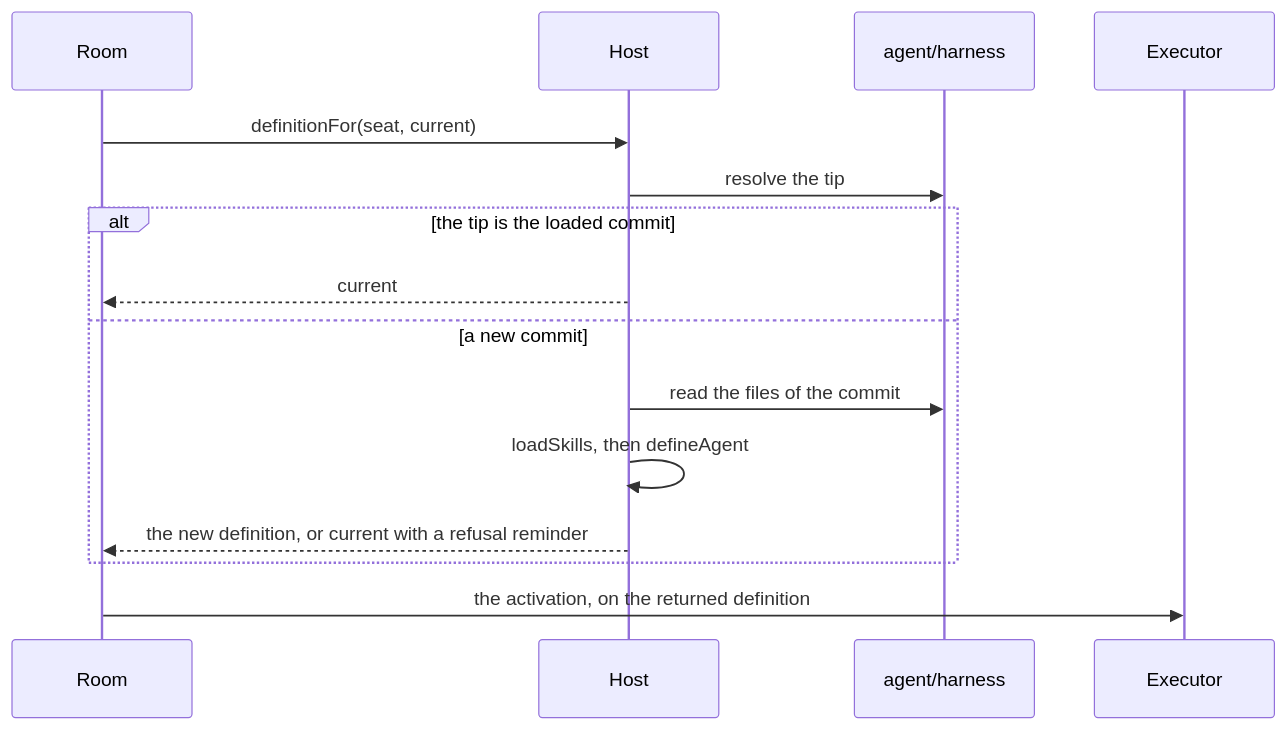
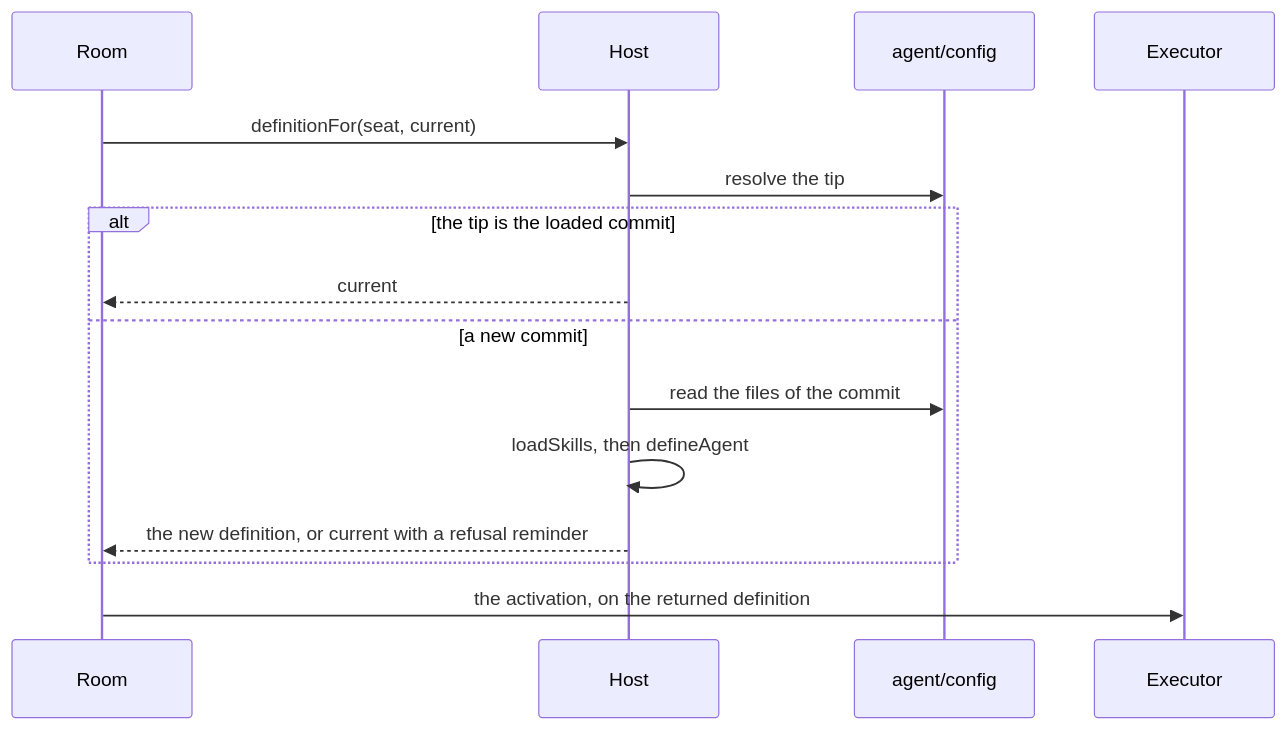
One commit to ambionframework/ambion changed the first of 2 diagrams in docs/gitforeverything.md. Above: the diagram before and after it, drawn with Mermaid. The commit also changed other lines of this file, not shown here.

First line of the commit message:
Name the harness repository of each agent config

````diff
--- a/docs/gitforeverything.md
+++ b/docs/gitforeverything.md
@@ -101,17 +104,17 @@
 ```mermaid
 sequenceDiagram
   participant R as Room
   participant H as Host
-  participant F as agent/harness
+  participant F as agent/config
   participant E as Executor
   R->>H: definitionFor(seat, current)
   H->>F: resolve the tip
   alt the tip is the loaded commit
     H-->>R: current
   else a new commit
     H->>F: read the files of the commit
     H->>H: loadSkills, then defineAgent
     H-->>R: the new definition, or current with a refusal reminder
   end
   R->>E: the activation, on the returned definition
 ```
````
